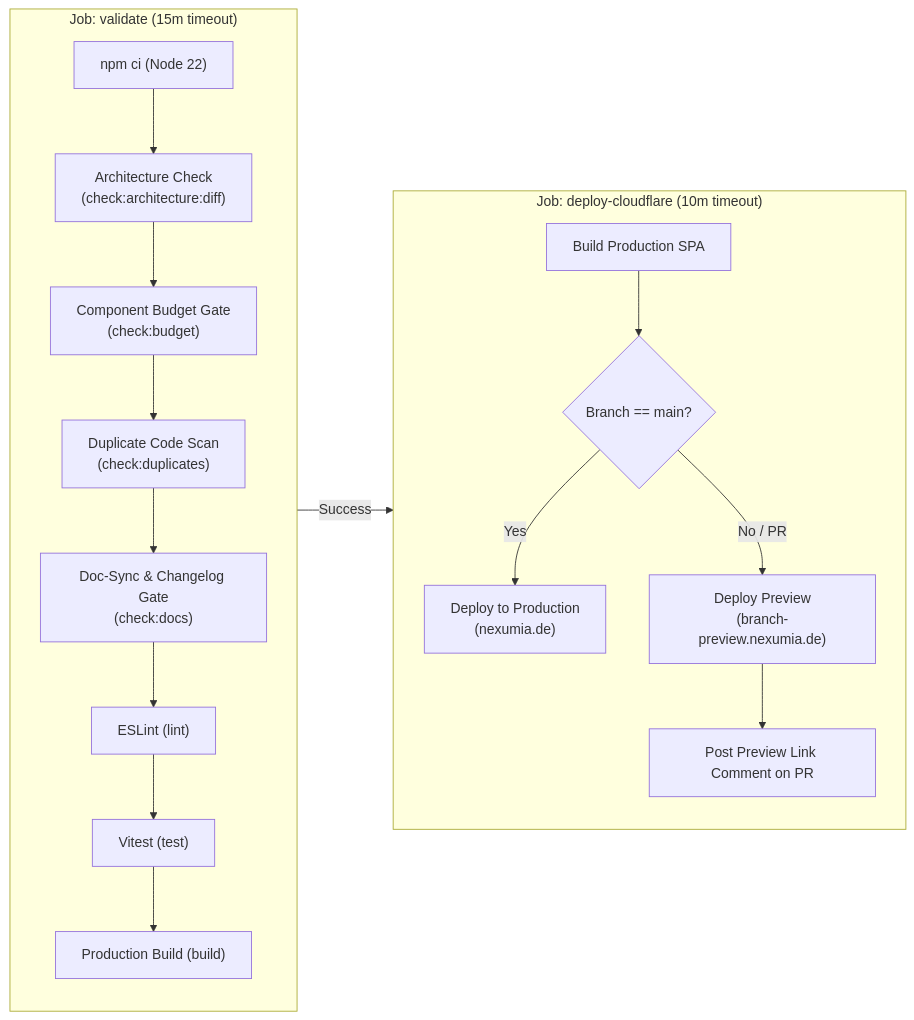
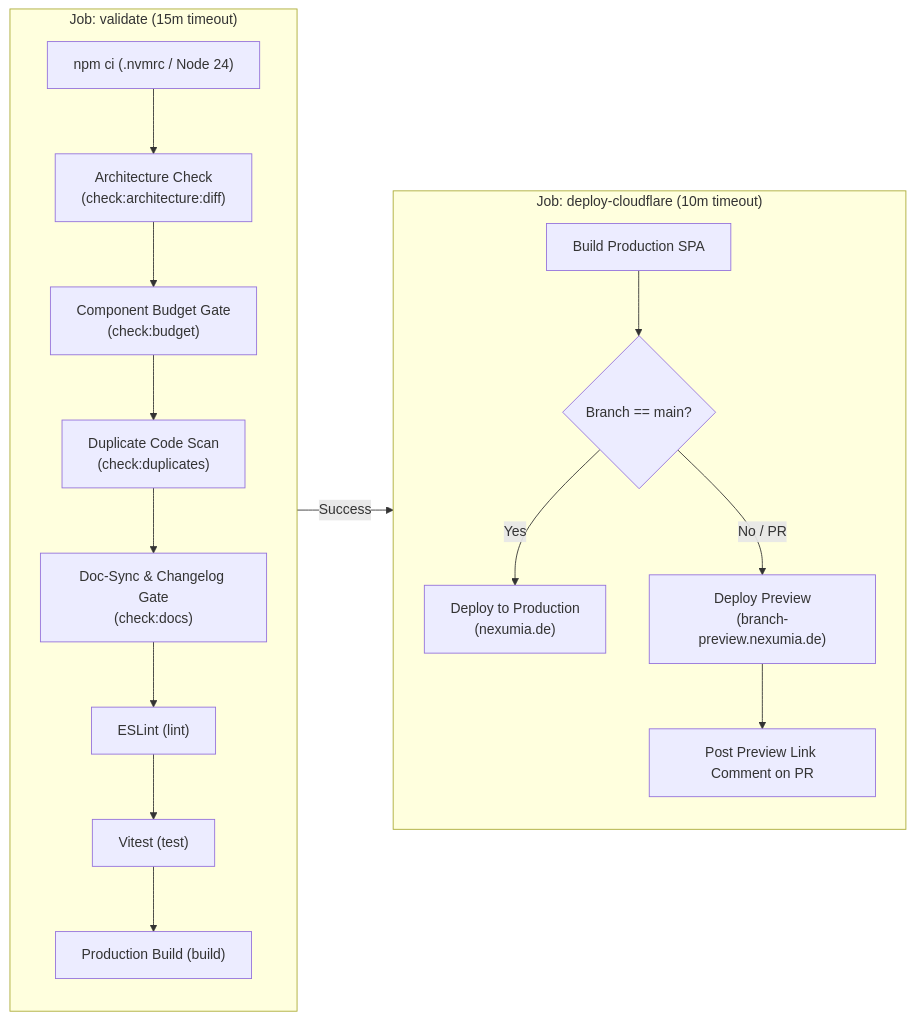
Before and after one commit to suitably/LocalGameGalaxy: the second of 2 diagrams in docs/workflows/ci-cd-pipelines.md, drawn with Mermaid. The commit also changed 8 other files, not shown here.

First line of the commit message:
fix(ci): unify Node version via .nvmrc and drop EOL Node 18

````diff
--- a/docs/workflows/ci-cd-pipelines.md
+++ b/docs/workflows/ci-cd-pipelines.md
@@ -68,23 +68,23 @@
 ```mermaid
 flowchart LR
     subgraph Job1["Job: validate (15m timeout)"]
         direction TB
-        S1["npm ci (Node 22)"] --> S2["Architecture Check<br/>(check:architecture:diff)"]
+        S1["npm ci (.nvmrc / Node 24)"] --> S2["Architecture Check<br/>(check:architecture:diff)"]
         S2 --> S3["Component Budget Gate<br/>(check:budget)"]
         S3 --> S4["Duplicate Code Scan<br/>(check:duplicates)"]
         S4 --> S5["Doc-Sync & Changelog Gate<br/>(check:docs)"]
         S5 --> S6["ESLint (lint)"]
         S6 --> S7["Vitest (test)"]
         S7 --> S8["Production Build (build)"]
     end
 
     subgraph Job2["Job: deploy-cloudflare (10m timeout)"]
         direction TB
         D1["Build Production SPA"] --> D2{"Branch == main?"}
         D2 -->|Yes| D3["Deploy to Production<br/>(nexumia.de)"]
         D2 -->|No / PR| D4["Deploy Preview<br/>(branch-preview.nexumia.de)"]
         D4 --> D5["Post Preview Link Comment on PR"]
     end
 
     Job1 -->|Success| Job2
 ```
````
